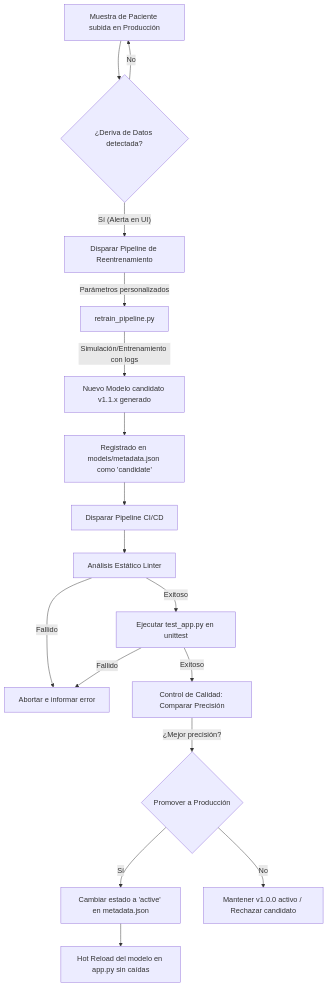
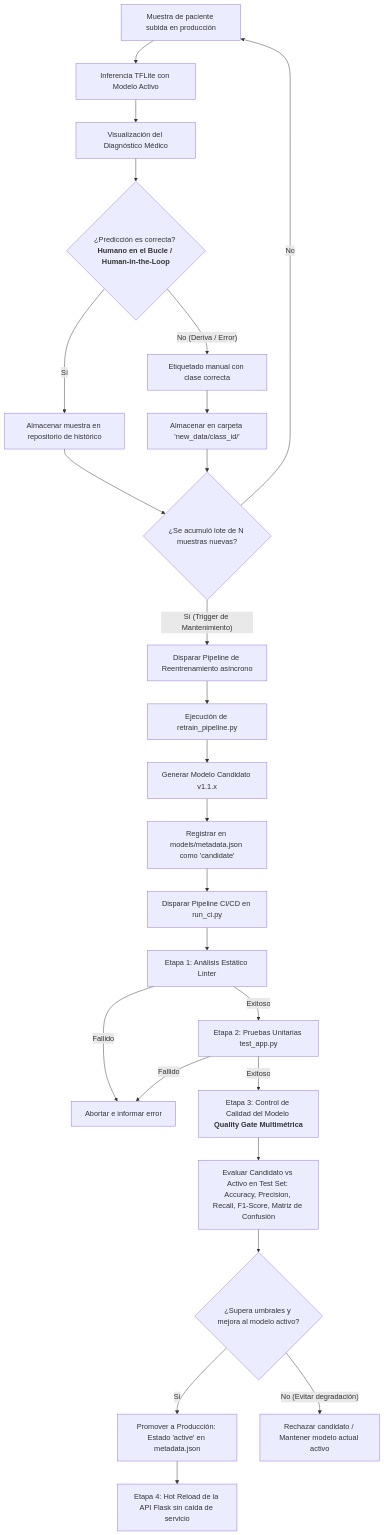
The diagram in reporte_tecnico.md (nicolelimachemamani-gif/DermApp), drawn with Mermaid before and after one commit. The commit also changed other lines of this file and 1 other file, not shown here.

Commit message:
feat: align technical report with professional MLOps retraining, Human-in-the-Loop, and multi-metric quality gate standards

````diff
--- a/reporte_tecnico.md
+++ b/reporte_tecnico.md
@@ -99,24 +99,35 @@
 ```mermaid
 flowchart TD
-    A[Muestra de Paciente subida en Producción] --> B{¿Deriva de Datos detectada?}
-    B -- Sí (Alerta en UI) --> C[Disparar Pipeline de Reentrenamiento]
-    B -- No --> A
+    A[Muestra de paciente subida en producción] --> B[Inferencia TFLite con Modelo Activo]
+    B --> C[Visualización del Diagnóstico Médico]
+    C --> D{¿Predicción es correcta? <br><b>Humano en el Bucle / Human-in-the-Loop</b>}
+    D -- Sí --> E[Almacenar muestra en repositorio de histórico]
+    D -- No (Deriva / Error) --> F[Etiquetado manual con clase correcta]
+    F --> G[Almacenar en carpeta 'new_data/class_id/']
     
-    C -->|Parámetros personalizados| D[retrain_pipeline.py]
-    D -->|Simulación/Entrenamiento con logs| E[Nuevo Modelo candidato v1.1.x generado]
-    E --> F[Registrado en models/metadata.json como 'candidate']
+    E --> H{¿Se acumuló lote de N muestras nuevas?}
+    G --> H
     
-    F --> G[Disparar Pipeline CI/CD]
-    G --> H[Análisis Estático Linter]
-    H -- Fallido --> I[Abortar e informar error]
-    H -- Exitoso --> J[Ejecutar test_app.py en unittest]
+    H -- No --> A
+    H -- Sí (Trigger de Mantenimiento) --> I[Disparar Pipeline de Reentrenamiento asíncrono]
     
-    J -- Fallido --> I
-    J -- Exitoso --> K[Control de Calidad: Comparar Precisión]
+    I --> J[Ejecución de retrain_pipeline.py]
+    J --> K[Generar Modelo Candidato v1.1.x]
+    K --> L[Registrar en models/metadata.json como 'candidate']
     
-    K -->|¿Mejor precisión?| L{Promover a Producción}
-    L -- Sí --> M[Cambiar estado a 'active' en metadata.json]
-    L -- No --> N[Mantener v1.0.0 activo / Rechazar candidato]
+    L --> M[Disparar Pipeline CI/CD en run_ci.py]
+    M --> N[Etapa 1: Análisis Estático Linter]
+    N -- Fallido --> O[Abortar e informar error]
+    N -- Exitoso --> P[Etapa 2: Pruebas Unitarias test_app.py]
     
-    M --> O[Hot Reload del modelo en app.py sin caídas]
+    P -- Fallido --> O
+    P -- Exitoso --> Q[Etapa 3: Control de Calidad del Modelo <br><b>Quality Gate Multimétrica</b>]
+    
+    Q --> R[Evaluar Candidato vs Activo en Test Set: <br>Accuracy, Precision, Recall, F1-Score, Matriz de Confusión]
+    R --> S{¿Supera umbrales y mejora al modelo activo?}
+    
+    S -- Sí --> T[Promover a Producción: Estado 'active' en metadata.json]
+    S -- No (Evitar degradación) --> U[Rechazar candidato / Mantener modelo actual activo]
+    
+    T --> V[Etapa 4: Hot Reload de la API Flask sin caída de servicio]
 ```
````
